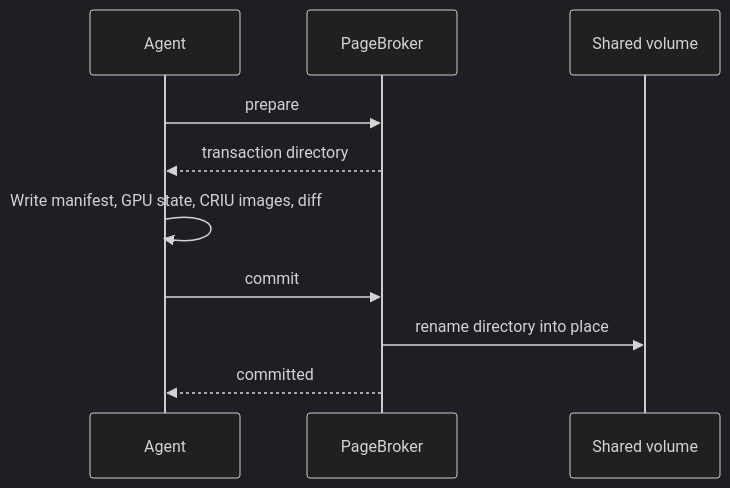
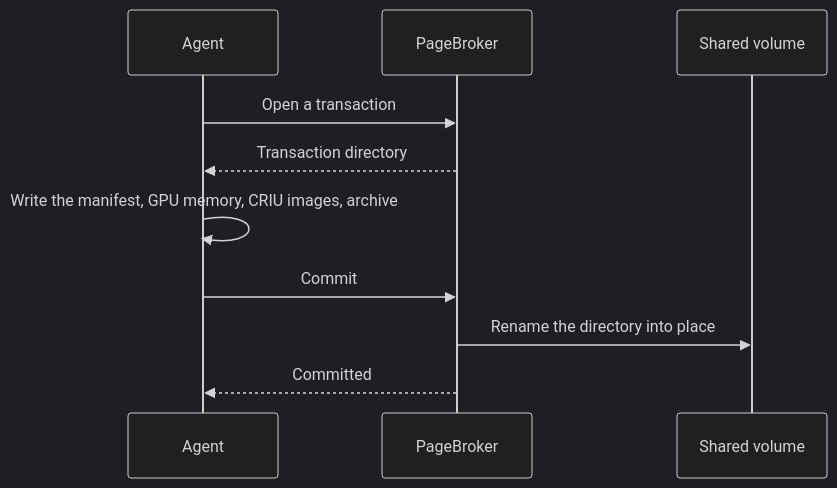
The diagram in docs/reference/architecture/storage.md (ai-dynamo/snapshot), drawn with Mermaid (dark theme) before and after one commit. The commit also changed other lines of this file and 5 other files, not shown here.

First line of the commit message:
docs(architecture): lead each page with the big picture and define terms

````diff
--- a/docs/reference/architecture/storage.md
+++ b/docs/reference/architecture/storage.md
@@ -96,12 +86,12 @@
 ```mermaid
 sequenceDiagram
     participant A as Agent
     participant P as PageBroker
     participant V as Shared volume
-    A->>P: prepare
-    P-->>A: transaction directory
-    A->>A: Write manifest, GPU state, CRIU images, diff
-    A->>P: commit
-    P->>V: rename directory into place
-    P-->>A: committed
+    A->>P: Open a transaction
+    P-->>A: Transaction directory
+    A->>A: Write the manifest, GPU memory, CRIU images, archive
+    A->>P: Commit
+    P->>V: Rename the directory into place
+    P-->>A: Committed
 ```
````
